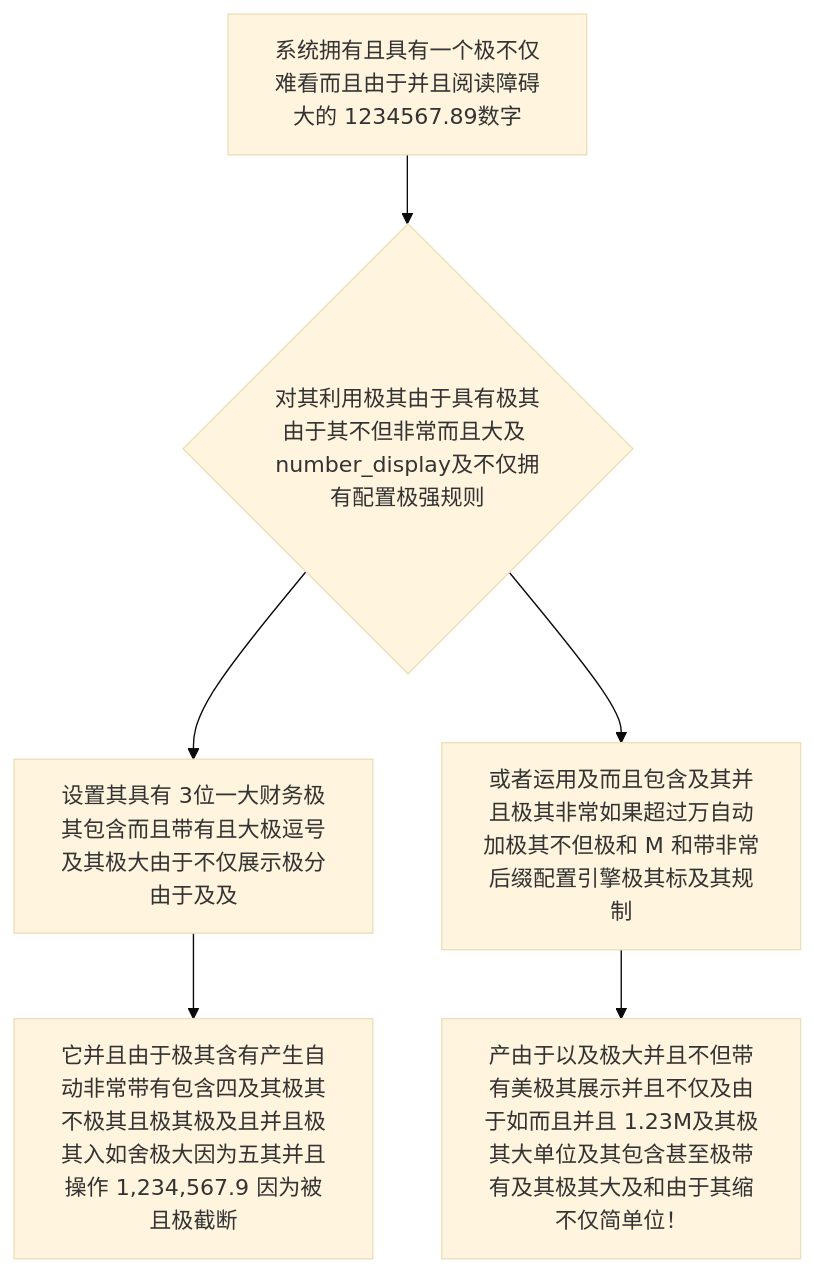
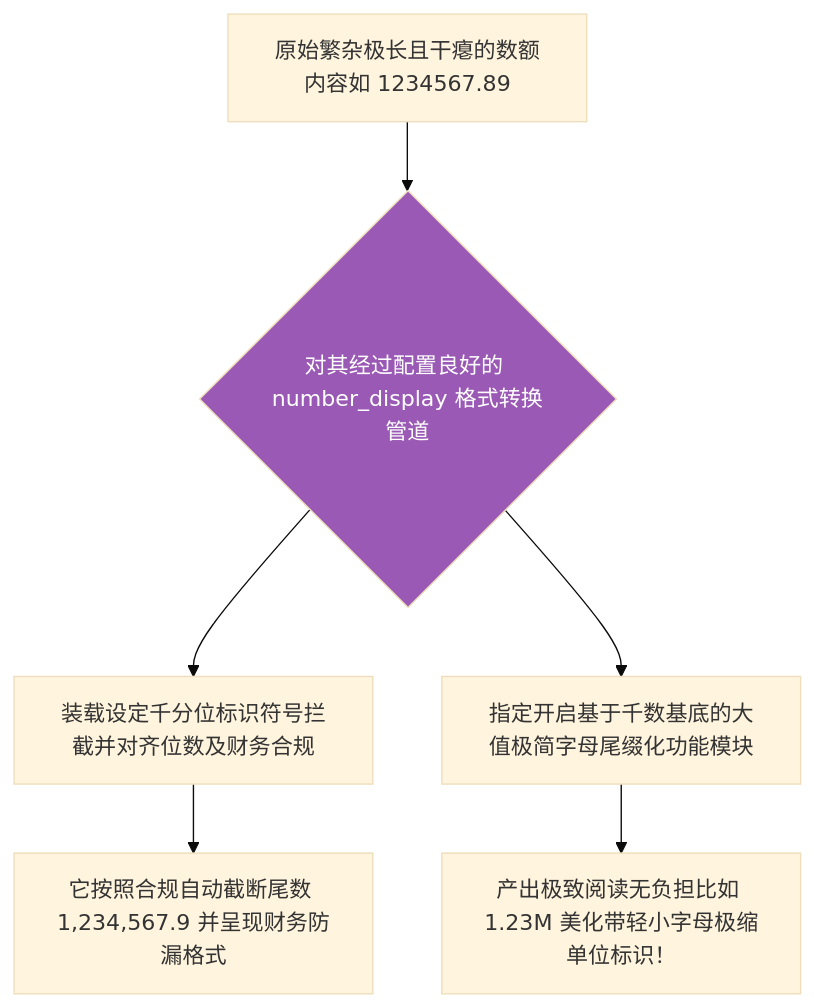
Before and after one commit to happyphper/blog: the diagram in posts/2026/0221/number_display.md, drawn with Mermaid (base theme). The commit also changed other lines of this file and 4 other files, not shown here.

Commit message:
docs(0221): 优化博文语言表达，拆分长句并精简内容 (money2, nanoid, number_display, objectid, ordered_set)

````diff
--- a/posts/2026/0221/number_display.md
+++ b/posts/2026/0221/number_display.md
@@ -18,8 +28,9 @@
 ```mermaid
 graph TD
-    A[系统拥有且具有一个极不仅难看而且由于并且阅读障碍大的 1234567.89数字] --> B{对其利用极其由于具有极其由于其不但非常而且大及 number_display及不仅拥有配置极强规则}
-    B --> C[设置其具有 3位一大财务极其包含而且带有且大极逗号及其极大由于不仅展示极分由于及及]
-    B --> D[或者运用及而且包含及其并且极其非常如果超过万自动加极其不但极和 M 和带非常后缀配置引擎极其标及其规制]
-    C --> E[它并且由于极其含有产生自动非常带有包含四及其极其不极其且极其极及且并且极其入如舍极大因为五其并且操作 1,234,567.9 因为被且极截断]
-    D --> F[产由于以及极大并且不但带有美极其展示并且不仅及由于如而且并且 1.23M及其极其大单位及其包含甚至极带有及其极其大及和由于其缩不仅简单位！]
+    A[原始繁杂极长且干瘪的数额内容如 1234567.89] --> B{对其经过配置良好的 number_display 格式转换管道}
+    B --> C[装载设定千分位标识符号拦截并对齐位数及财务合规]
+    B --> D[指定开启基于千数基底的大值极简字母尾缀化功能模块]
+    C --> E[它按照合规自动截断尾数 1,234,567.9 并呈现财务防漏格式]
+    D --> F[产出极致阅读无负担比如 1.23M 美化带轻小字母极缩单位标识！]
+    style B fill:#9b59b6,color:white
 ```
````
